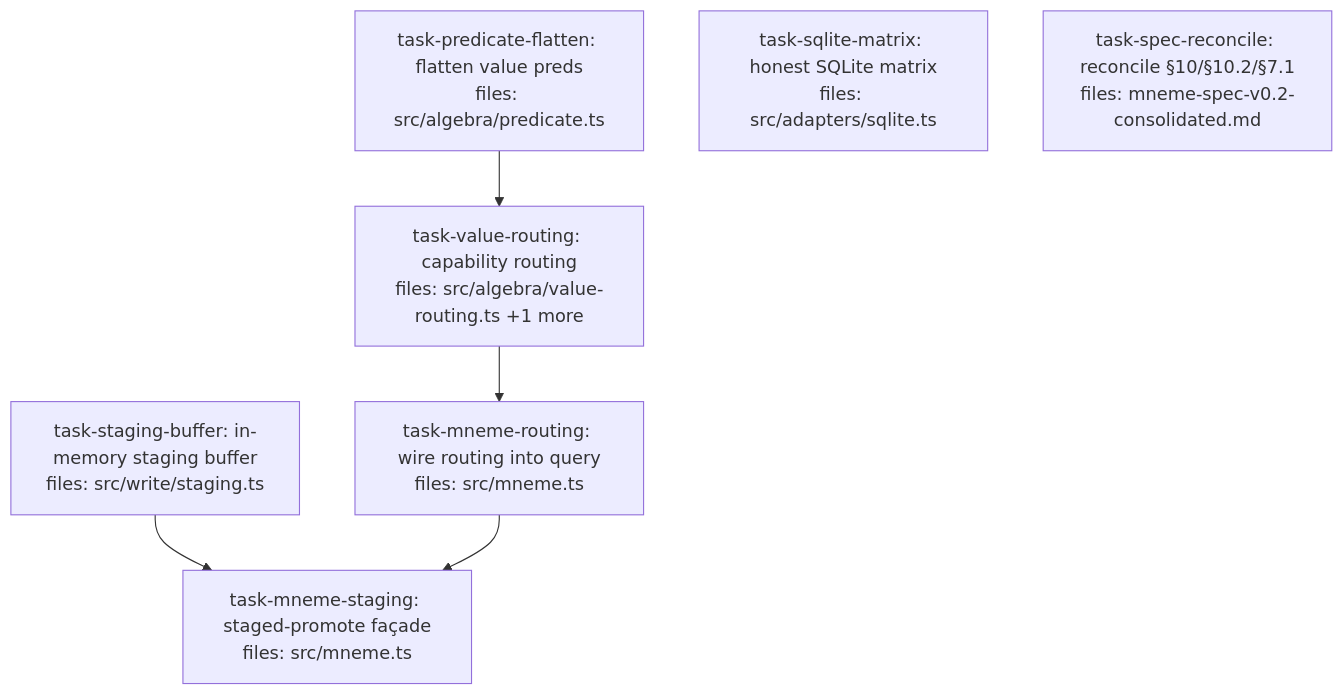
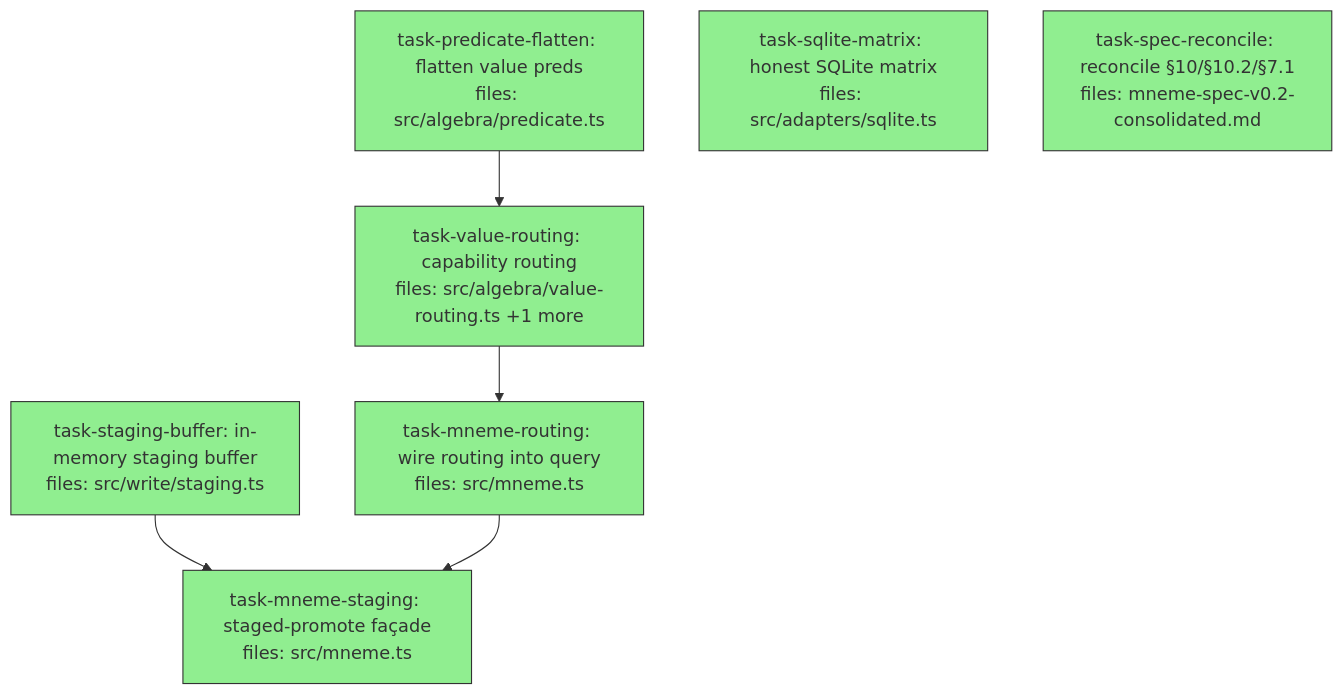
One commit to BrettNye/Mneme changed the diagram in docs/superpowers/plans/2026-05-29-routing-staged-promote-dag.md. Above: the diagram before and after it, drawn with Mermaid. The commit also changed other lines of this file, not shown here.

Commit message:
docs(plan): mark routing/staged-promote DAG complete (7/7 done)
All tasks done · 0 failed · 0 skipped. Full suite 958 pass, tsc clean,
verify-spec 39/39.

````diff
--- a/docs/superpowers/plans/2026-05-29-routing-staged-promote-dag.md
+++ b/docs/superpowers/plans/2026-05-29-routing-staged-promote-dag.md
@@ -6,21 +6,21 @@
 ```mermaid
 flowchart TD
-    task-predicate-flatten["task-predicate-flatten: flatten value preds<br/>files: src/algebra/predicate.ts"]
-    task-value-routing["task-value-routing: capability routing<br/>files: src/algebra/value-routing.ts +1 more"]
-    task-sqlite-matrix["task-sqlite-matrix: honest SQLite matrix<br/>files: src/adapters/sqlite.ts"]
-    task-staging-buffer["task-staging-buffer: in-memory staging buffer<br/>files: src/write/staging.ts"]
-    task-mneme-routing["task-mneme-routing: wire routing into query<br/>files: src/mneme.ts"]
-    task-mneme-staging["task-mneme-staging: staged-promote façade<br/>files: src/mneme.ts"]
-    task-spec-reconcile["task-spec-reconcile: reconcile §10/§10.2/§7.1<br/>files: mneme-spec-v0.2-consolidated.md"]
+    task-predicate-flatten["task-predicate-flatten: flatten value preds<br/>files: src/algebra/predicate.ts"]:::done
+    task-value-routing["task-value-routing: capability routing<br/>files: src/algebra/value-routing.ts +1 more"]:::done
+    task-sqlite-matrix["task-sqlite-matrix: honest SQLite matrix<br/>files: src/adapters/sqlite.ts"]:::done
+    task-staging-buffer["task-staging-buffer: in-memory staging buffer<br/>files: src/write/staging.ts"]:::done
+    task-mneme-routing["task-mneme-routing: wire routing into query<br/>files: src/mneme.ts"]:::done
+    task-mneme-staging["task-mneme-staging: staged-promote façade<br/>files: src/mneme.ts"]:::done
+    task-spec-reconcile["task-spec-reconcile: reconcile §10/§10.2/§7.1<br/>files: mneme-spec-v0.2-consolidated.md"]:::done
 
     task-predicate-flatten --> task-value-routing
     task-value-routing --> task-mneme-routing
     task-staging-buffer --> task-mneme-staging
     task-mneme-routing --> task-mneme-staging
 
     classDef done fill:#90ee90,stroke:#333
     classDef ready fill:#fffacd,stroke:#333
     classDef running fill:#87ceeb,stroke:#333
     classDef failed fill:#ffb6c1,stroke:#333
     classDef skipped fill:#d3d3d3,stroke:#333,stroke-dasharray: 5 5
 ```
````
